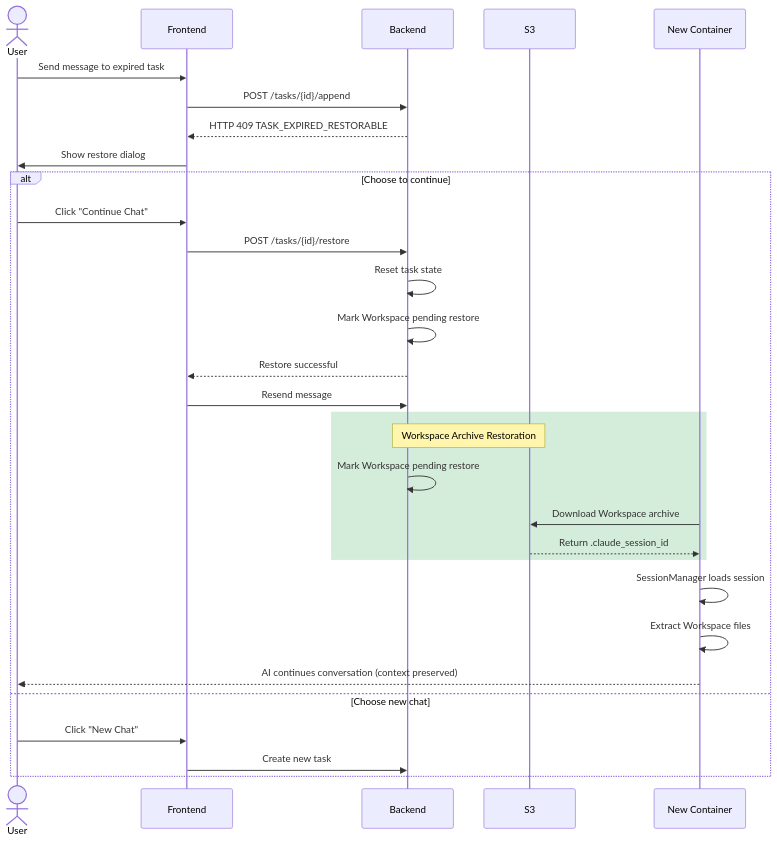
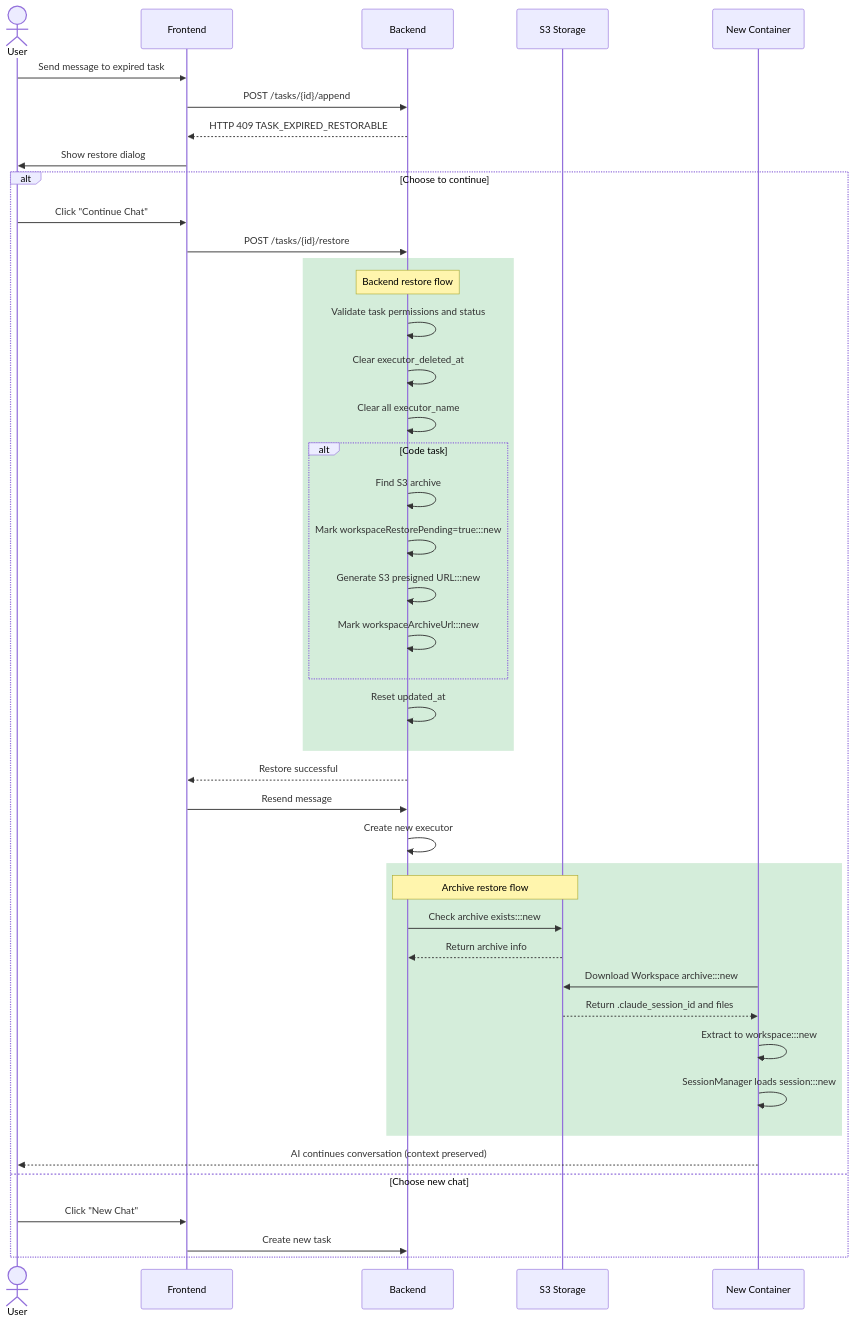
One commit to wecode-ai/Wegent changed the second of 9 diagrams in docs/en/features/task-restore.md. Above: the diagram before and after it, drawn with Mermaid. The commit also changed other lines of this file and 1 other file, not shown here.

First line of the commit message:
docs: update task restore documentation with visual markers

````diff
--- a/docs/en/features/task-restore.md
+++ b/docs/en/features/task-restore.md
@@ -44,34 +76,56 @@
 ```mermaid
 sequenceDiagram
     actor User
     participant Frontend
     participant Backend
-    participant S3
+    participant S3 as S3 Storage
     participant NewContainer as New Container
 
     User->>Frontend: Send message to expired task
     Frontend->>Backend: POST /tasks/{id}/append
     Backend-->>Frontend: HTTP 409 TASK_EXPIRED_RESTORABLE
     Frontend->>User: Show restore dialog
 
     alt Choose to continue
         User->>Frontend: Click "Continue Chat"
         Frontend->>Backend: POST /tasks/{id}/restore
-        Backend->>Backend: Reset task state
-        Backend->>Backend: Mark Workspace pending restore
+
+        rect rgb(212, 237, 218)
+            Note over Backend: Backend restore flow
+            Backend->>Backend: Validate task permissions and status
+            Backend->>Backend: Clear executor_deleted_at
+            Backend->>Backend: Clear all executor_name
+
+            alt Code task
+                Backend->>Backend: Find S3 archive
+                Backend->>Backend: Mark workspaceRestorePending=true:::new
+                Backend->>Backend: Generate S3 presigned URL:::new
+                Backend->>Backend: Mark workspaceArchiveUrl:::new
+            end
+
+            Backend->>Backend: Reset updated_at
+        end
+
         Backend-->>Frontend: Restore successful
         Frontend->>Backend: Resend message
+        Backend->>Backend: Create new executor
+
         rect rgb(212, 237, 218)
-            Note over Backend,S3: Workspace Archive Restoration
-            Backend->>Backend: Mark Workspace pending restore
-            NewContainer->>S3: Download Workspace archive
-            S3-->>NewContainer: Return .claude_session_id
+            Note over Backend,S3: Archive restore flow
+            Backend->>S3: Check archive exists:::new
+            S3-->>Backend: Return archive info
+
+            NewContainer->>S3: Download Workspace archive:::new
+            S3-->>NewContainer: Return .claude_session_id and files
+
+            NewContainer->>NewContainer: Extract to workspace:::new
+            NewContainer->>NewContainer: SessionManager loads session:::new
         end
-        NewContainer->>NewContainer: SessionManager loads session
-        NewContainer->>NewContainer: Extract Workspace files
+
         NewContainer-->>User: AI continues conversation (context preserved)
+
     else Choose new chat
         User->>Frontend: Click "New Chat"
         Frontend->>Backend: Create new task
     end
 ```
````
